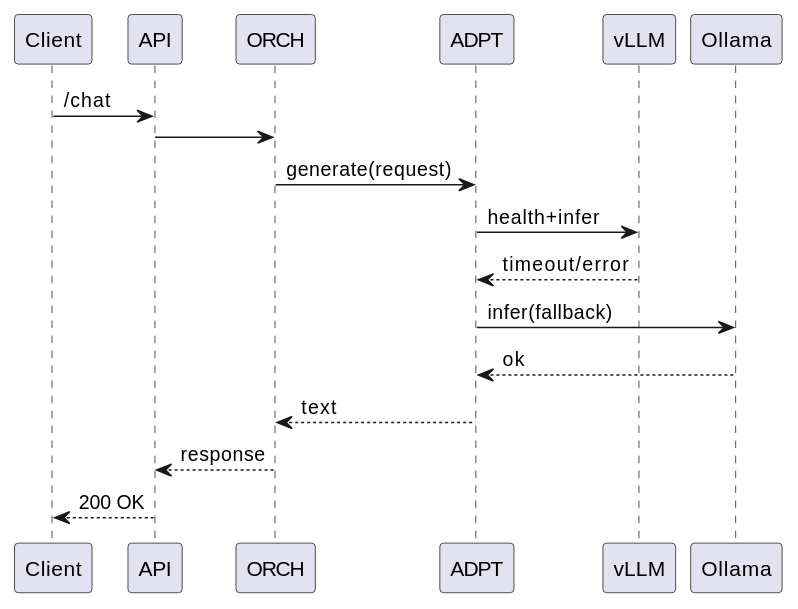
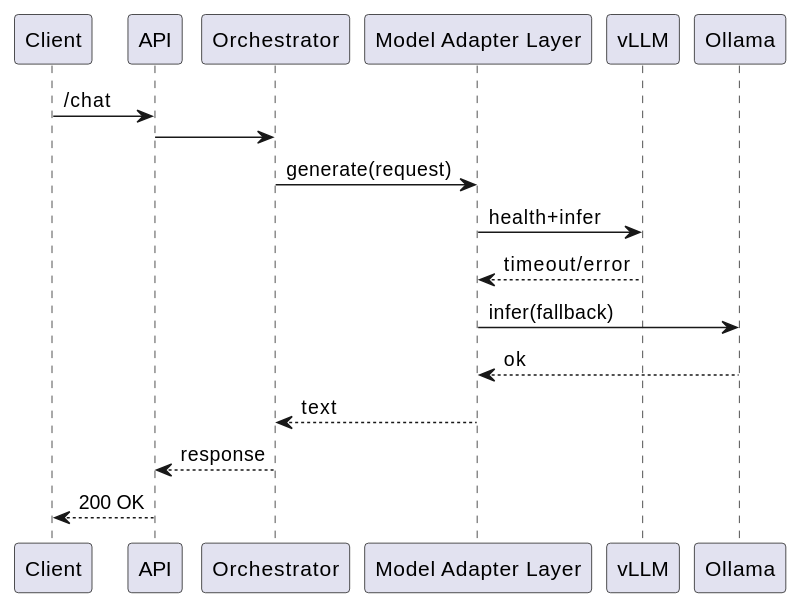
The third of 5 diagrams in agent/0815/v2.md (leenaru/AI), drawn with PlantUML before and after one commit. The commit also changed other lines of this file, not shown here.

````diff
--- a/agent/0815/v2.md
+++ b/agent/0815/v2.md
@@ -438,21 +439,21 @@
 ```plantuml
 @startuml
 participant Client
 participant API
-participant ORCH
-participant ADPT
+participant "Orchestrator" as ORCH
+participant "Model Adapter Layer" as ADPT
 participant vLLM
 participant Ollama
 
 Client -> API: /chat
 API -> ORCH
 ORCH -> ADPT: generate(request)
 ADPT -> vLLM: health+infer
 vLLM --> ADPT: timeout/error
 ADPT -> Ollama: infer(fallback)
 Ollama --> ADPT: ok
 ADPT --> ORCH: text
 ORCH --> API: response
 API --> Client: 200 OK
 @enduml
 ```
````
